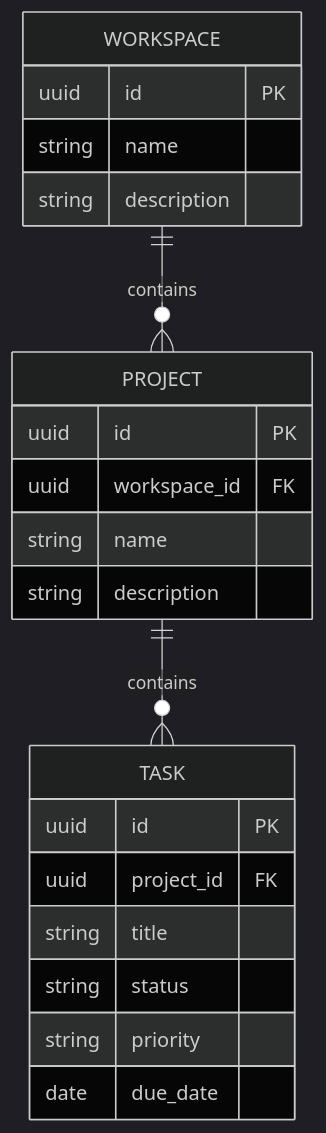
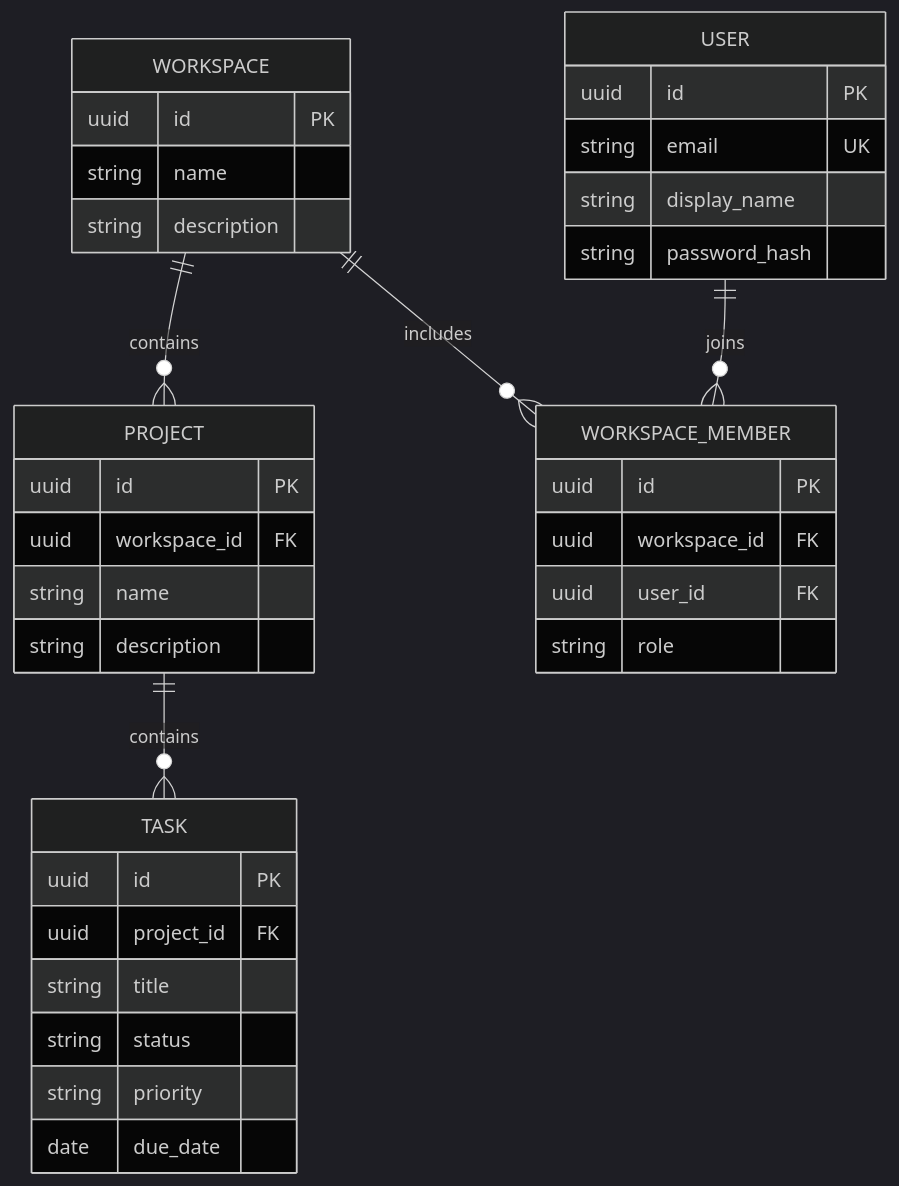
One commit to HiliyItishnik/teamflow changed the diagram in docs/architecture.md. Above: the diagram before and after it, drawn with Mermaid (dark theme). The commit also changed other lines of this file and 46 other files, not shown here.

````diff
--- a/docs/architecture.md
+++ b/docs/architecture.md
@@ -6,24 +6,38 @@
 ```mermaid
 erDiagram
     WORKSPACE ||--o{ PROJECT : contains
     PROJECT ||--o{ TASK : contains
+    WORKSPACE ||--o{ WORKSPACE_MEMBER : includes
+    USER ||--o{ WORKSPACE_MEMBER : joins
+    USER {
+        uuid id PK
+        string email UK
+        string display_name
+        string password_hash
+    }
+    WORKSPACE_MEMBER {
+        uuid id PK
+        uuid workspace_id FK
+        uuid user_id FK
+        string role
+    }
     WORKSPACE {
         uuid id PK
         string name
         string description
     }
     PROJECT {
         uuid id PK
         uuid workspace_id FK
         string name
         string description
     }
     TASK {
         uuid id PK
         uuid project_id FK
         string title
         string status
         string priority
         date due_date
     }
 ```
````
